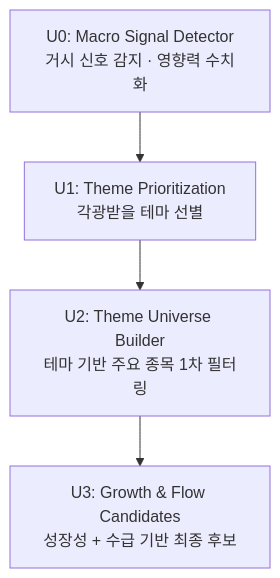
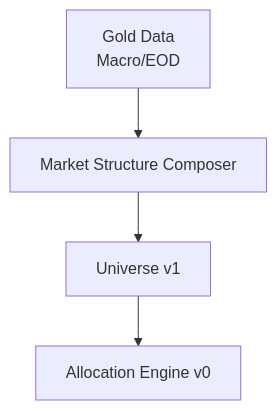
One commit to Ethan0625/pretrend_ai changed the diagram in docs/universe_design.md. Above: the diagram before and after it, drawn with Mermaid. The commit also changed other lines of this file and 16 other files, not shown here.

````diff
--- a/docs/universe_design.md
+++ b/docs/universe_design.md
@@ -23,7 +28,6 @@
 ```mermaid
 flowchart TD
-    U0[U0: Macro Signal Detector<br/>거시 신호 감지 · 영향력 수치화] --> 
-    U1[U1: Theme Prioritization<br/>각광받을 테마 선별] -->
-    U2[U2: Theme Universe Builder<br/>테마 기반 주요 종목 1차 필터링] -->
-    U3[U3: Growth & Flow Candidates<br/>성장성 + 수급 기반 최종 후보]
+    GD[Gold Data<br/>Macro/EOD] --> MSC[Market Structure Composer]
+    MSC --> UNI[Universe v1]
+    UNI --> ALLOC[Allocation Engine v0]
 ```
````
